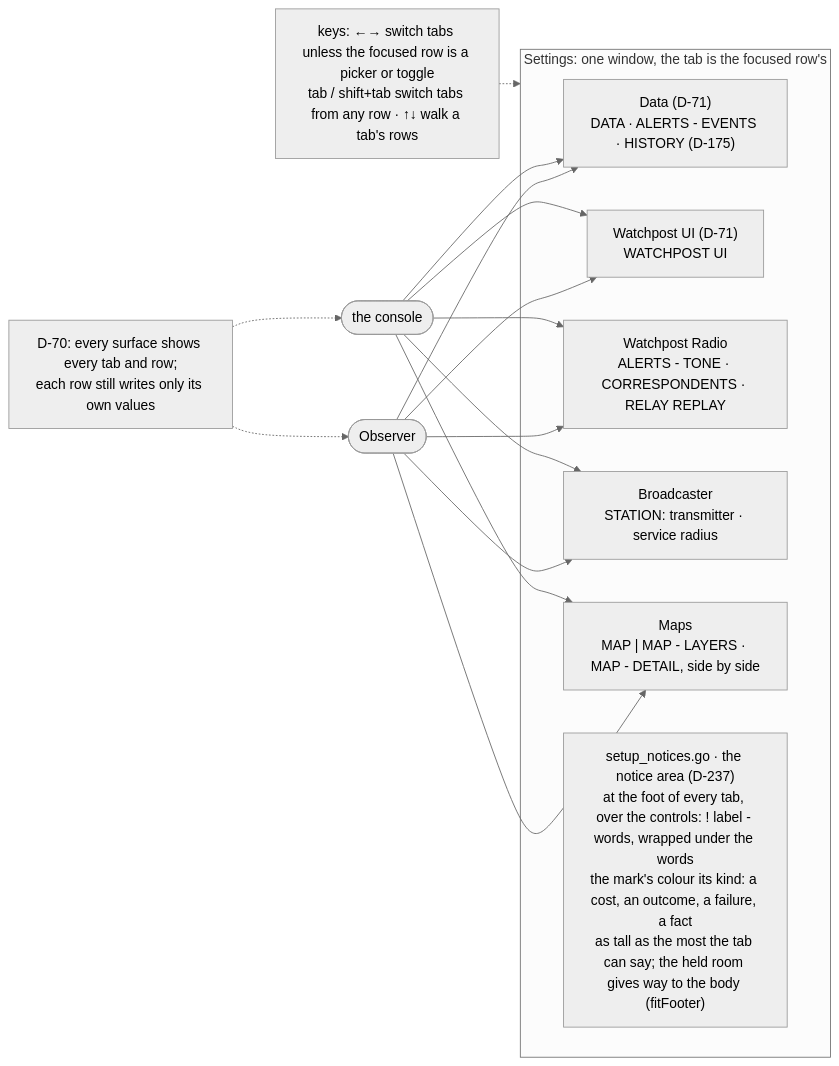
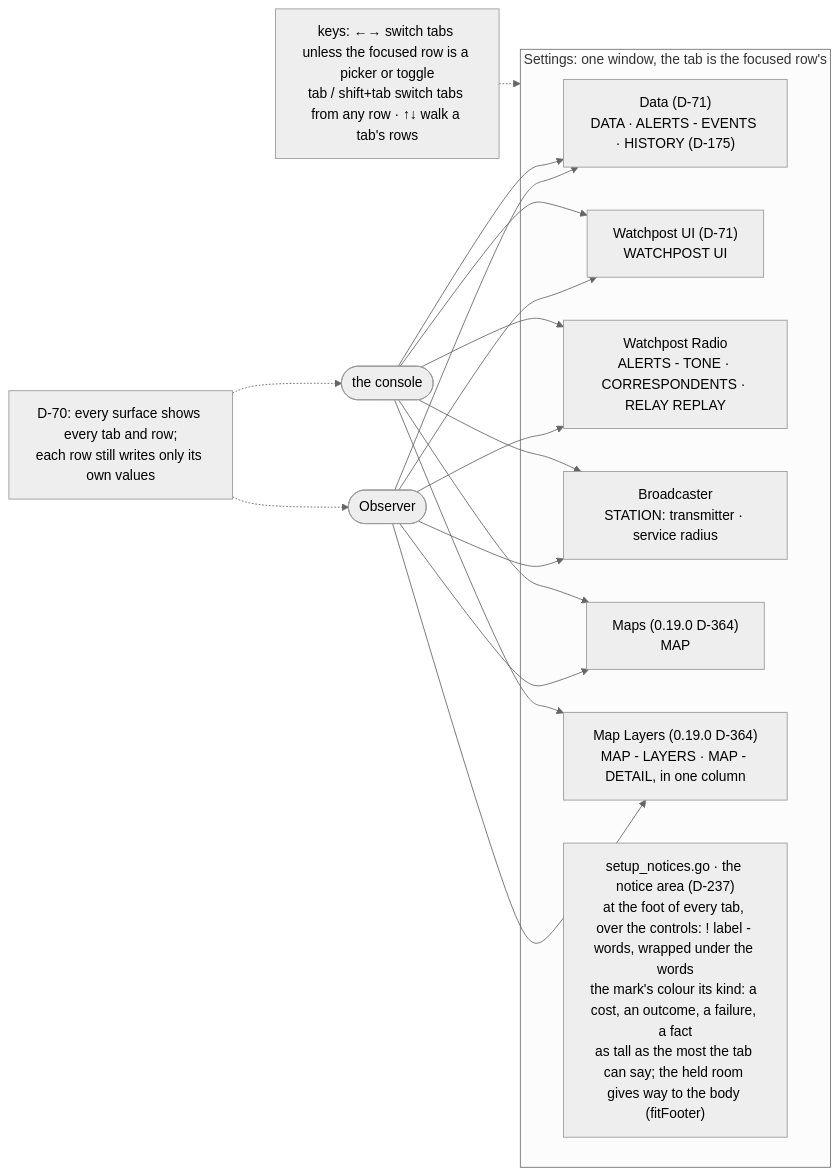
Before and after one commit to branden-thompson/watchpost: the second of 6 diagrams in 06_docs/02_features/observer-maps/03-architecture-design/as-built-map.md, drawn with Mermaid (neutral theme). The commit also changed other lines of this file and 709 other files, not shown here.

````diff
--- a/06_docs/02_features/observer-maps/03-architecture-design/as-built-map.md
+++ b/06_docs/02_features/observer-maps/03-architecture-design/as-built-map.md
@@ -39,15 +39,16 @@
 ```mermaid
 flowchart LR
   subgraph S["Settings: one window, the tab is the focused row's"]
     DA["Data (D-71)\nDATA · ALERTS - EVENTS · HISTORY (D-175)"]
     UI["Watchpost UI (D-71)\nWATCHPOST UI"]
     R["Watchpost Radio\nALERTS - TONE · CORRESPONDENTS · RELAY REPLAY"]
     B["Broadcaster\nSTATION: transmitter · service radius"]
-    M["Maps\nMAP | MAP - LAYERS · MAP - DETAIL, side by side"]
+    M["Maps (0.19.0 D-364)\nMAP"]
+    ML["Map Layers (0.19.0 D-364)\nMAP - LAYERS · MAP - DETAIL, in one column"]
     NA["setup_notices.go · the notice area (D-237)\nat the foot of every tab, over the controls: ! label - words, wrapped under the words\nthe mark's colour its kind: a cost, an outcome, a failure, a fact\nas tall as the most the tab can say; the held room gives way to the body (fitFooter)"]
   end
-  O(["Observer"]) --> DA & UI & R & B & M
-  C(["the console"]) --> DA & UI & R & B & M
+  O(["Observer"]) --> DA & UI & R & B & M & ML
+  C(["the console"]) --> DA & UI & R & B & M & ML
   N["D-70: every surface shows every tab and row;\neach row still writes only its own values"] -.-> O & C
   K["keys: ←→ switch tabs unless the focused row is a picker or toggle\ntab / shift+tab switch tabs from any row · ↑↓ walk a tab's rows"] -.-> S
 ```
````
